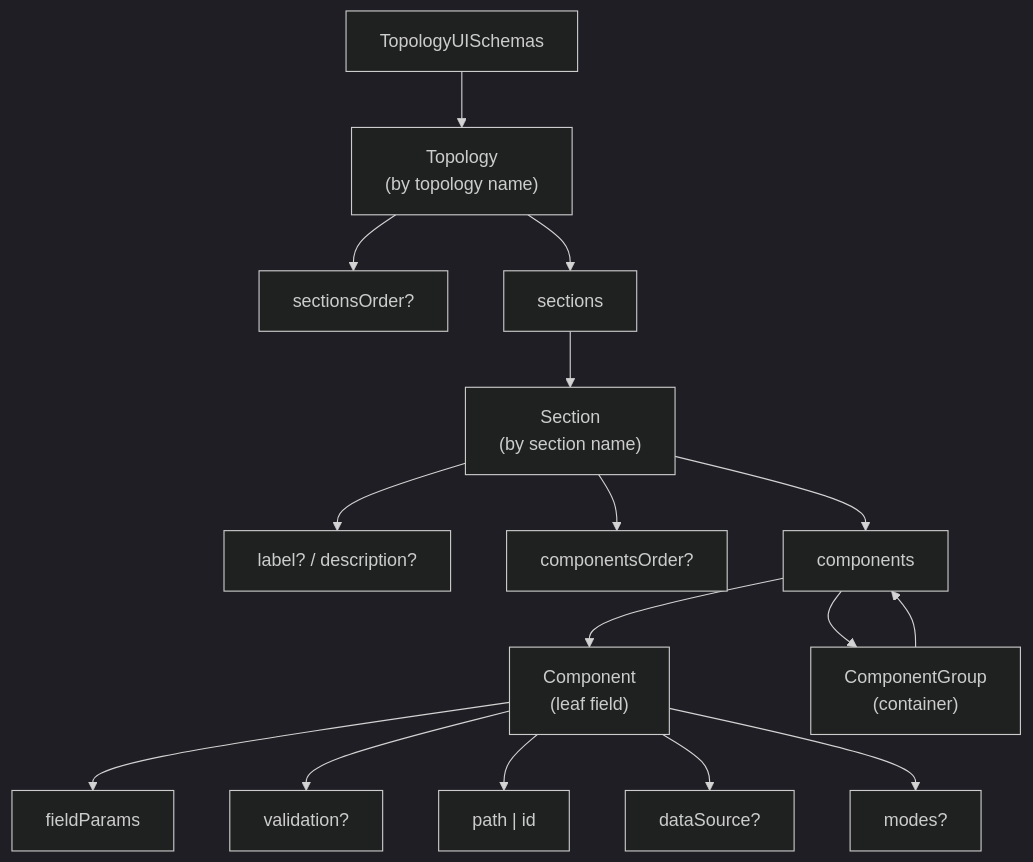
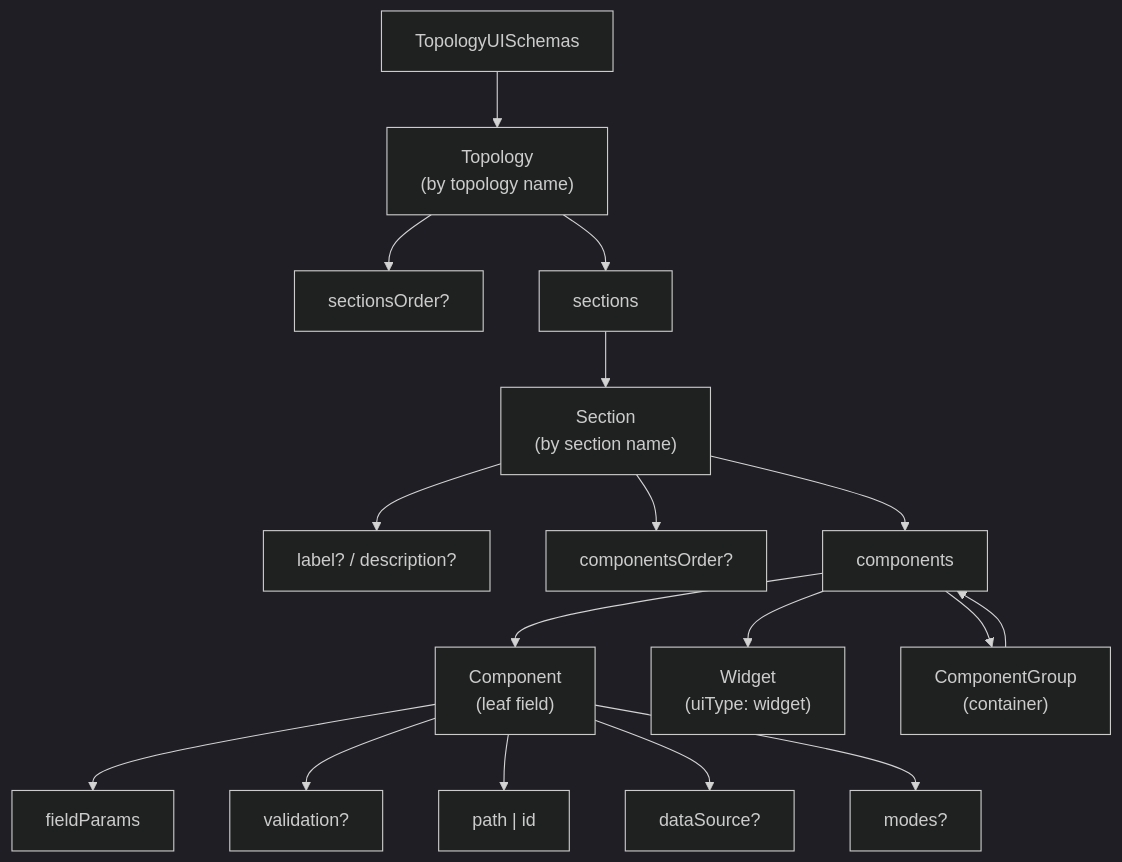
The first of 6 diagrams in docs/ui/architecture/ui-generator/schema-reference.md (AdityaPimpalkar/openeverest), drawn with Mermaid (dark theme) before and after one commit. The commit also changed other lines of this file and 116 other files, not shown here.

````diff
--- a/docs/ui/architecture/ui-generator/schema-reference.md
+++ b/docs/ui/architecture/ui-generator/schema-reference.md
@@ -10,19 +10,20 @@
 ```mermaid
 flowchart TD
   T["TopologyUISchemas"] --> TP["Topology<br/>(by topology name)"]
   TP --> SO["sectionsOrder?"]
   TP --> S["sections"]
   S --> SEC["Section<br/>(by section name)"]
   SEC --> SM["label? / description?"]
   SEC --> CO["componentsOrder?"]
   SEC --> C["components"]
   C --> CMP["Component<br/>(leaf field)"]
+  C --> WGT["Widget<br/>(uiType: widget)"]
   C --> GRP["ComponentGroup<br/>(container)"]
   GRP --> C
 
   CMP --> FP["fieldParams"]
   CMP --> VAL["validation?"]
   CMP --> PID["path | id"]
   CMP --> DS["dataSource?"]
   CMP --> MOD["modes?"]
 ```
````
